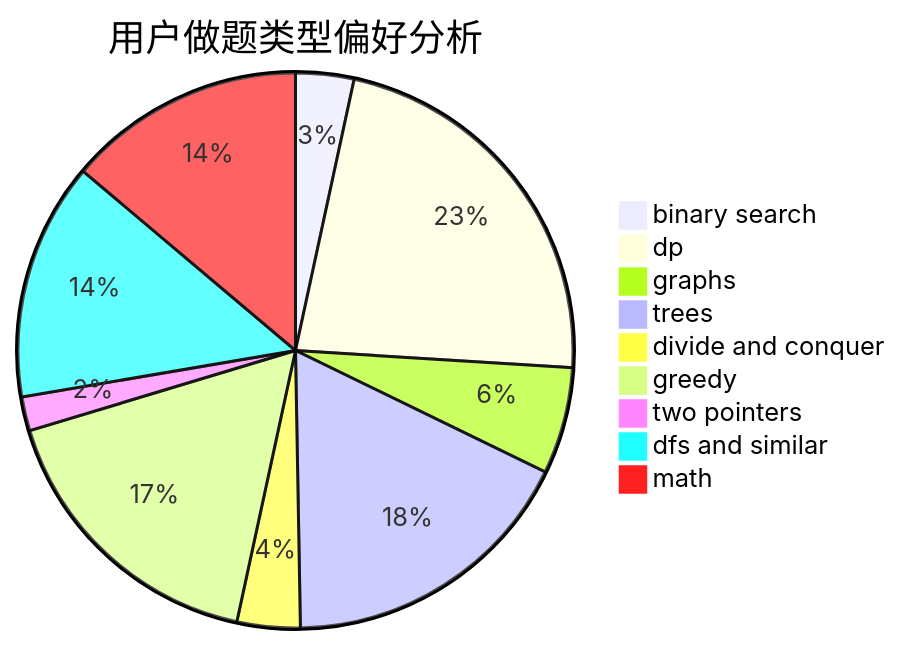
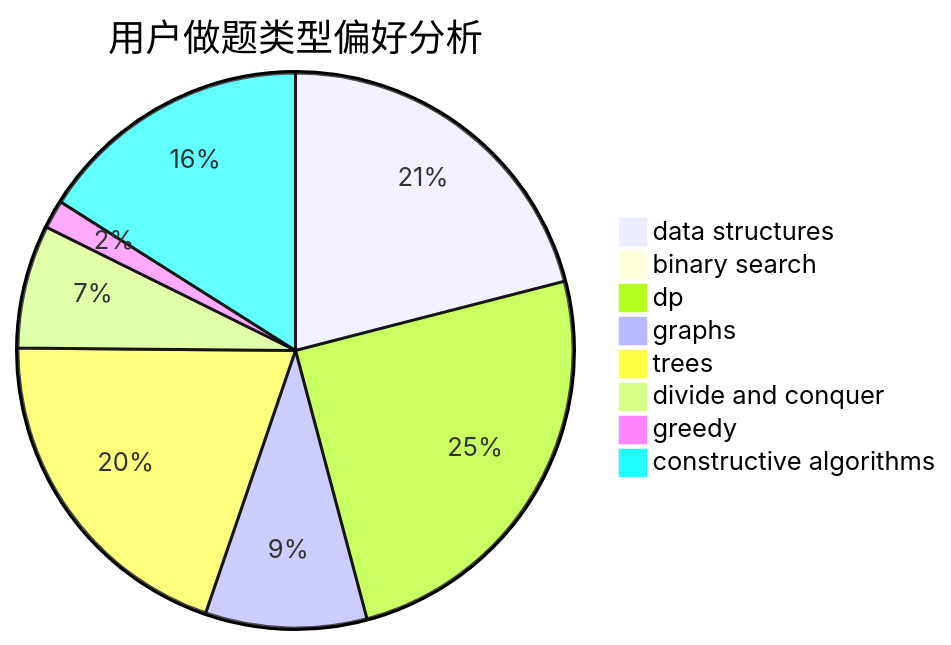
The second of 3 diagrams in docs/user/u2021.md (sherpahu/cfrs.github.io), drawn with Mermaid before and after one commit. The commit also changed other lines of this file and 2775 other files, not shown here.

````diff
--- a/docs/user/u2021.md
+++ b/docs/user/u2021.md
@@ -23,12 +23,11 @@
 ```mermaid
 pie title 用户做题类型偏好分析
-    "binary search" :  12
-    "dp" :  80
-    "graphs" :  22
-    "trees" :  62
+    "data structures" :  38
+    "binary search" :  0
+    "dp" :  45
+    "graphs" :  17
+    "trees" :  36
     "divide and conquer" :  13
-    "greedy" :  60
-    "two pointers" :  7
-    "dfs and similar" :  49
-    "math" :  49
+    "greedy" :  3
+    "constructive algorithms" :  29
 ```
````
